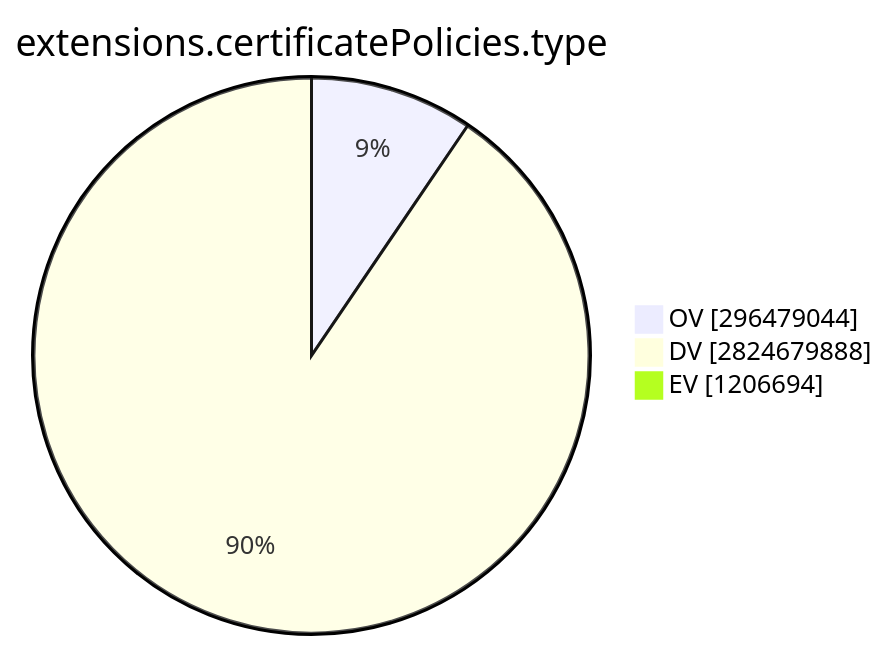
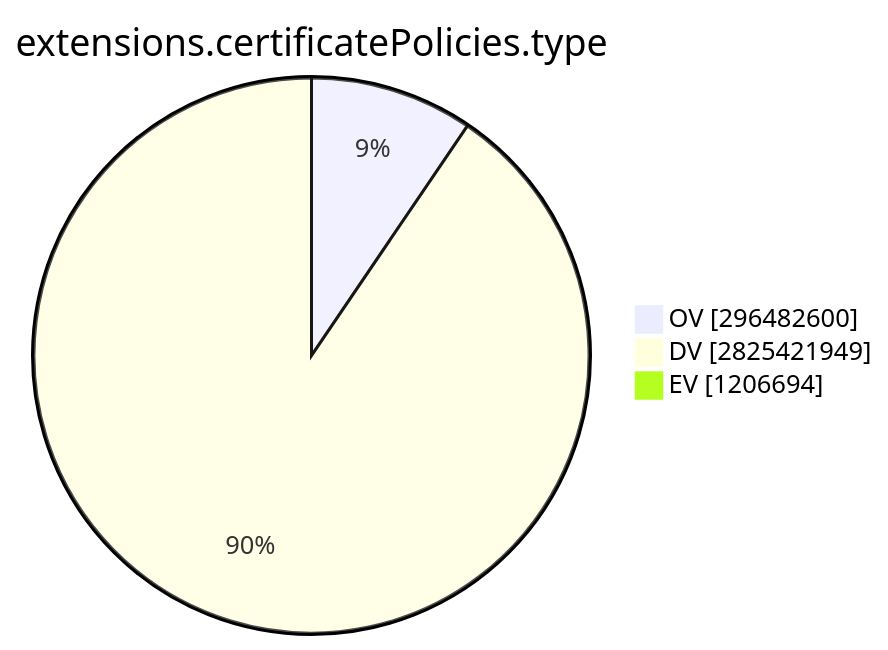
One commit to christiankrug/ctmonitor_visualization changed the ninth of 15 diagrams in TOTAL/README.md. Above: the diagram before and after it, drawn with Mermaid. The commit also changed other lines of this file, not shown here.

````diff
--- a/TOTAL/README.md
+++ b/TOTAL/README.md
@@ -3099,7 +3099,7 @@
 ```mermaid
 pie showData
 title extensions.certificatePolicies.type
-"OV" :296479044
-"DV" :2824679888
+"OV" :296482600
+"DV" :2825421949
 "EV" :1206694
 ```
````
